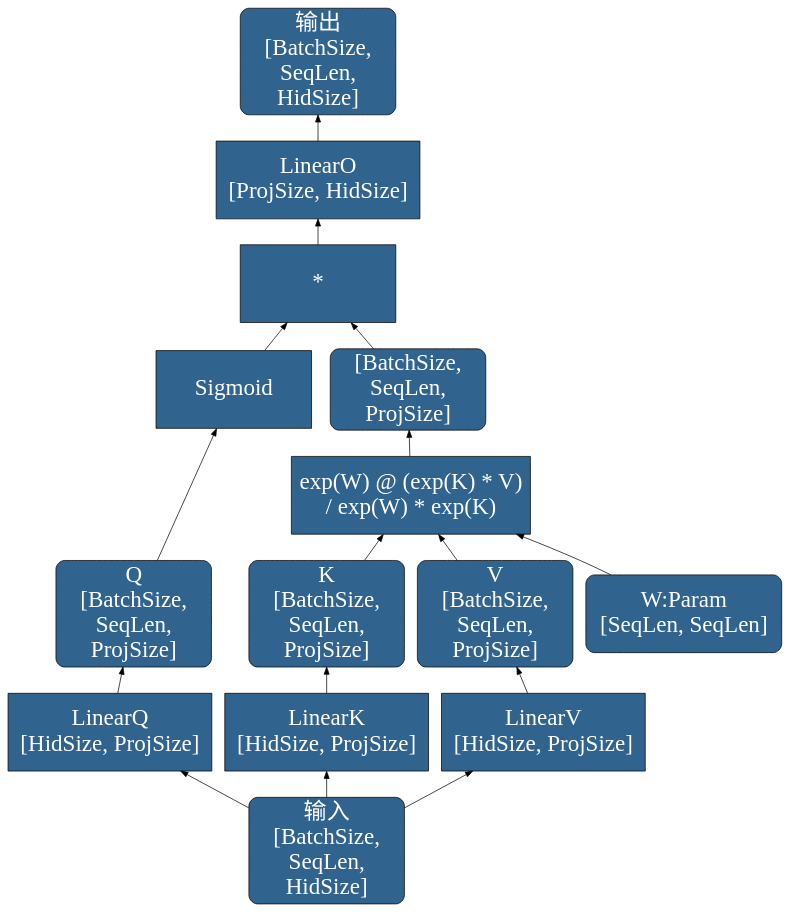
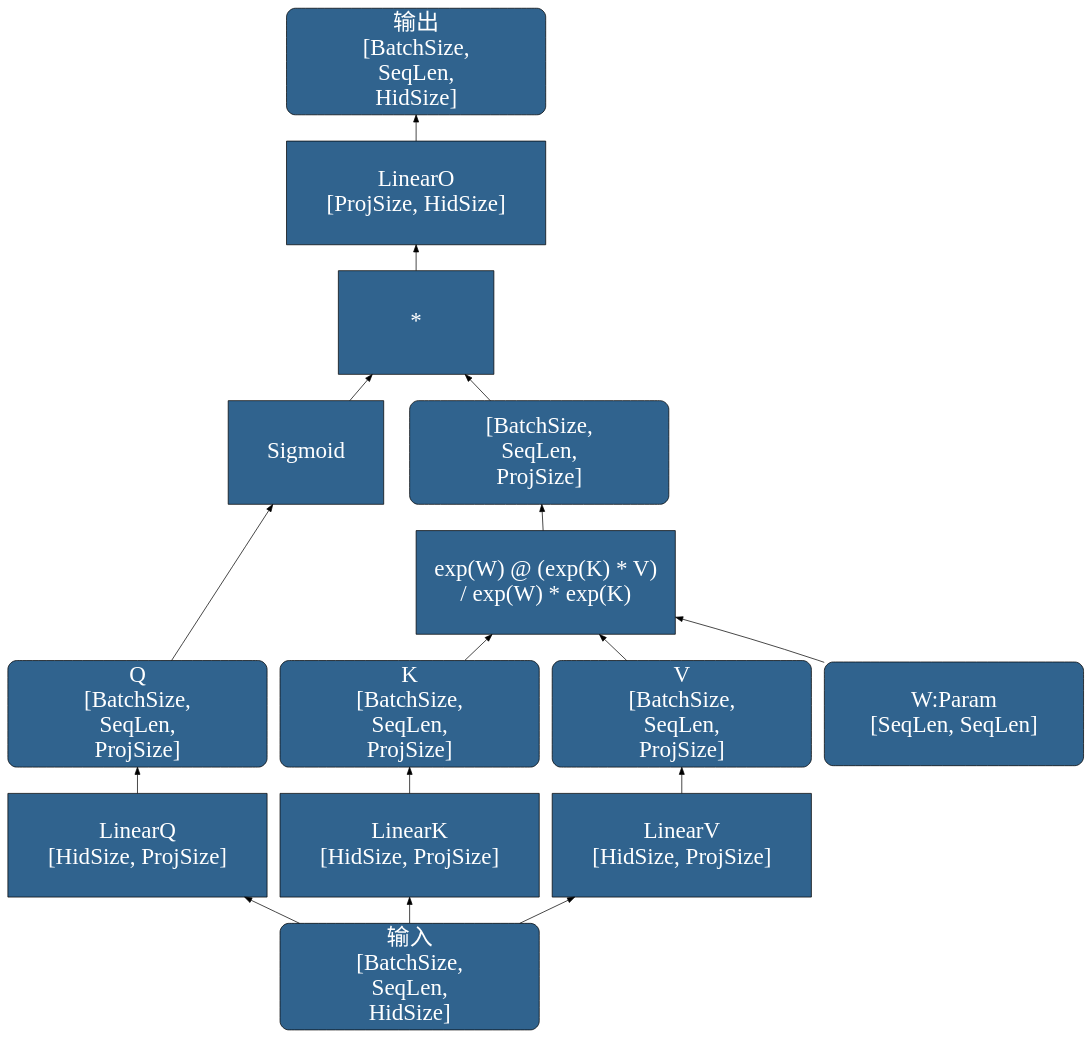
One commit to OpenDocCN/python-code-anls changed the diagram in docs/asset/aft/AFTFull.dot. Above: the diagram before and after it, drawn with Graphviz. The commit also changed 2 other files, not shown here.

```diff
--- a/docs/asset/aft/AFTFull.dot
+++ b/docs/asset/aft/AFTFull.dot
@@ -1,43 +1,43 @@
 digraph AFTFull {
 	rankdir=BT
     node [
 		style=filled, 
 		color=Black
 		fontcolor=White, 
 		fillcolor="#30638e", 
 		fontname="SimHei",
 		fontsize=32,
-		width=3, height=1.5,
+		width=5, height=2,
 	]
 
     inp [label="输入\n[BatchSize,\n SeqLen,\n HidSize]", shape="Mrecord"]
     llq [label="LinearQ\n[HidSize, ProjSize]", shape="box"]
     llk [label="LinearK\n[HidSize, ProjSize]", shape="box"]
     llv [label="LinearV\n[HidSize, ProjSize]", shape="box"]
 	w [label="W:Param\n[SeqLen, SeqLen]", shape="Mrecord"]
     q [label="Q\n[BatchSize,\n SeqLen,\n ProjSize]", shape="Mrecord"]
     k [label="K\n[BatchSize,\n SeqLen,\n ProjSize]", shape="Mrecord"]
     v [label="V\n[BatchSize,\n SeqLen,\n ProjSize]", shape="Mrecord"]
-    σ [label="Sigmoid", shape="box"]
+    σ [label="Sigmoid", shape="box", width=3]
     atten_op [label="exp(W) @ (exp(K) * V)\n/ exp(W) * exp(K)", shape="box"]
     atten [label="[BatchSize,\n SeqLen,\n ProjSize]", shape="Mrecord"]
-    mul [label="*", shape="box"]
+    mul [label="*", shape="box", width=3]
     llo [label="LinearO\n[ProjSize, HidSize]", shape="box"]
     oup [label="输出\n[BatchSize,\n SeqLen,\n HidSize]", shape="Mrecord"]
     
 	inp -> llq
 	inp -> llk
 	inp -> llv
 	llq -> q
 	llk -> k
 	llv -> v
 	q -> σ
 	w -> atten_op
 	k -> atten_op
 	v -> atten_op
 	atten_op -> atten
 	σ -> mul
 	atten -> mul
 	mul -> llo
 	llo -> oup
 }
```
